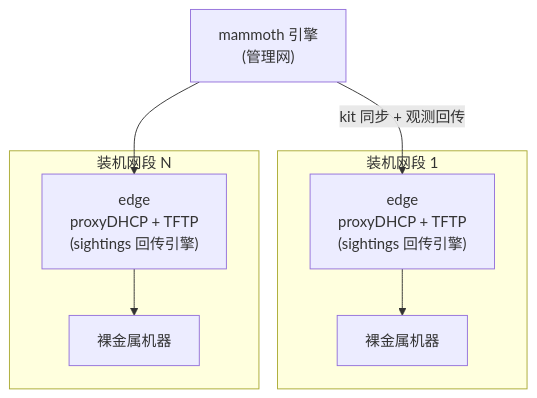
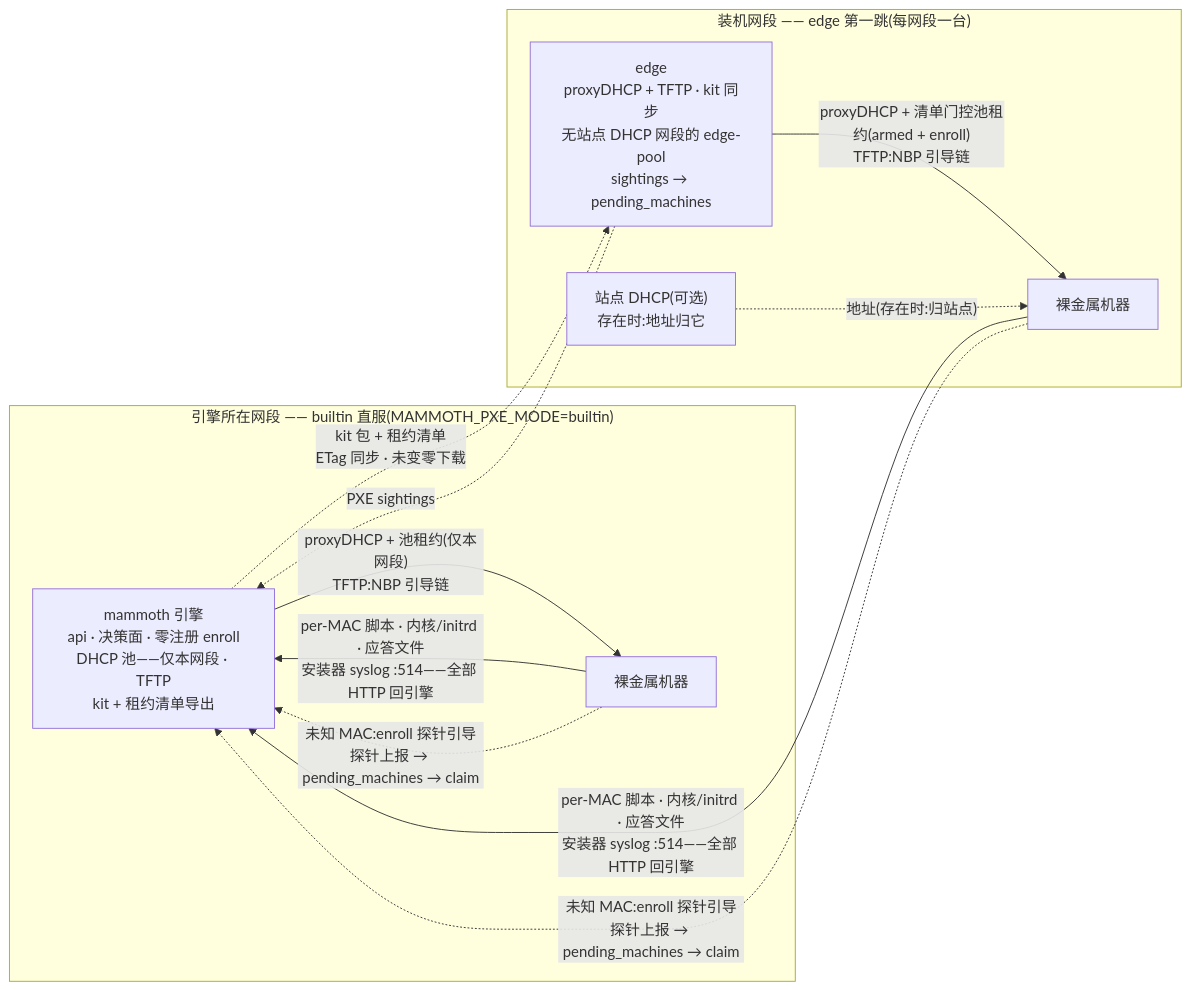
Before and after one commit to 3th1nk/mammoth: the third of 4 diagrams in README.zh-CN.md, drawn with Mermaid. The commit also changed other lines of this file and 1 other file, not shown here.

Commit message:
docs(readme): 跨网段章节改混合架构图——中英同步,节点功能 + 数据流 + enroll 流
旧图两处信息错误修正(sightings 方向画反、无地址服务段级归属),新图:
引擎段直服(builtin)+ edge 段两个 subgraph,节点标签列功能面(引擎四面/
edge 四职责/site DHCP 条件角色),实线 = 引导与地址主数据流,虚线 = 同步/
观测/条件流;enroll 零注册流两段对称补齐(unknown MAC → 探针 → pending
→ claim)。中英双版同步。

文字同步:addressing 段改混合拓扑组合叙述(引擎段段守卫/edge-pool 清单
门控/liveness 探测);收尾段补零注册"两次 DISCOVER"节奏与容器
CAP_NET_BIND_SERVICE 要求;主架构图说明行的"跨网段(external)形态"
旧措辞对齐新语义;清理"mammoth edge(原 edge)"历史括号注释。

````diff
--- a/README.zh-CN.md
+++ b/README.zh-CN.md
@@ -132,16 +135,22 @@
 ```mermaid
-flowchart TD
-    eng["mammoth 引擎<br/>(管理网)"]
-    subgraph V1["装机网段 1"]
-        a1["edge<br/>proxyDHCP + TFTP<br/>(sightings 回传引擎)"]
-        m1["裸金属机器"]
+flowchart LR
+    subgraph L2A["引擎所在网段 —— builtin 直服(MAMMOTH_PXE_MODE=builtin)"]
+        eng["mammoth 引擎<br/>api · 决策面 · 零注册 enroll<br/>DHCP 池——仅本网段 · TFTP<br/>kit + 租约清单导出"]
+        mA["裸金属机器"]
     end
-    subgraph VN["装机网段 N"]
-        aN["edge<br/>proxyDHCP + TFTP<br/>(sightings 回传引擎)"]
-        mN["裸金属机器"]
+    subgraph L2B["装机网段 —— edge 第一跳(每网段一台)"]
+        edge["edge<br/>proxyDHCP + TFTP · kit 同步<br/>无站点 DHCP 网段的 edge-pool<br/>sightings → pending_machines"]
+        sdhcp["站点 DHCP(可选)<br/>存在时:地址归它"]
+        mB["裸金属机器"]
     end
-    eng -->|kit 同步 + 观测回传| a1
-    eng --> aN
-    a1 --> m1
-    aN --> mN
+
+    eng -->|"proxyDHCP + 池租约(仅本网段)<br/>TFTP:NBP 引导链"| mA
+    mA -->|"per-MAC 脚本 · 内核/initrd · 应答文件<br/>安装器 syslog :514——全部 HTTP 回引擎"| eng
+    mA -.->|"未知 MAC:enroll 探针引导<br/>探针上报 → pending_machines → claim"| eng
+    eng -.->|"kit 包 + 租约清单<br/>ETag 同步 · 未变零下载"| edge
+    edge -->|"proxyDHCP + 清单门控池租约(armed + enroll)<br/>TFTP:NBP 引导链"| mB
+    sdhcp -.->|"地址(存在时:归站点)"| mB
+    mB -->|"per-MAC 脚本 · 内核/initrd · 应答文件<br/>安装器 syslog :514——全部 HTTP 回引擎"| eng
+    mB -.->|"未知 MAC:enroll 探针引导<br/>探针上报 → pending_machines → claim"| eng
+    edge -.->|"PXE sightings"| eng
 ```
````
